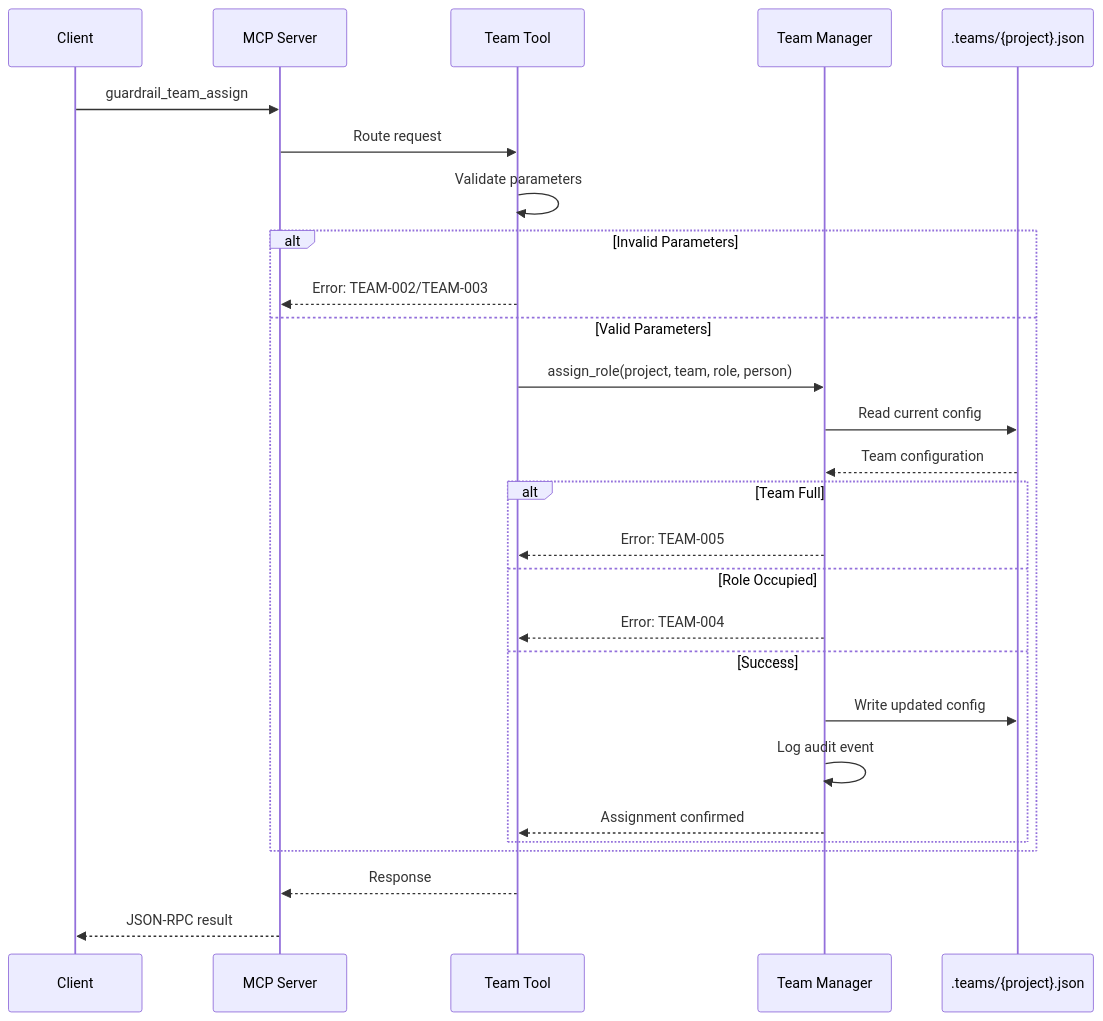
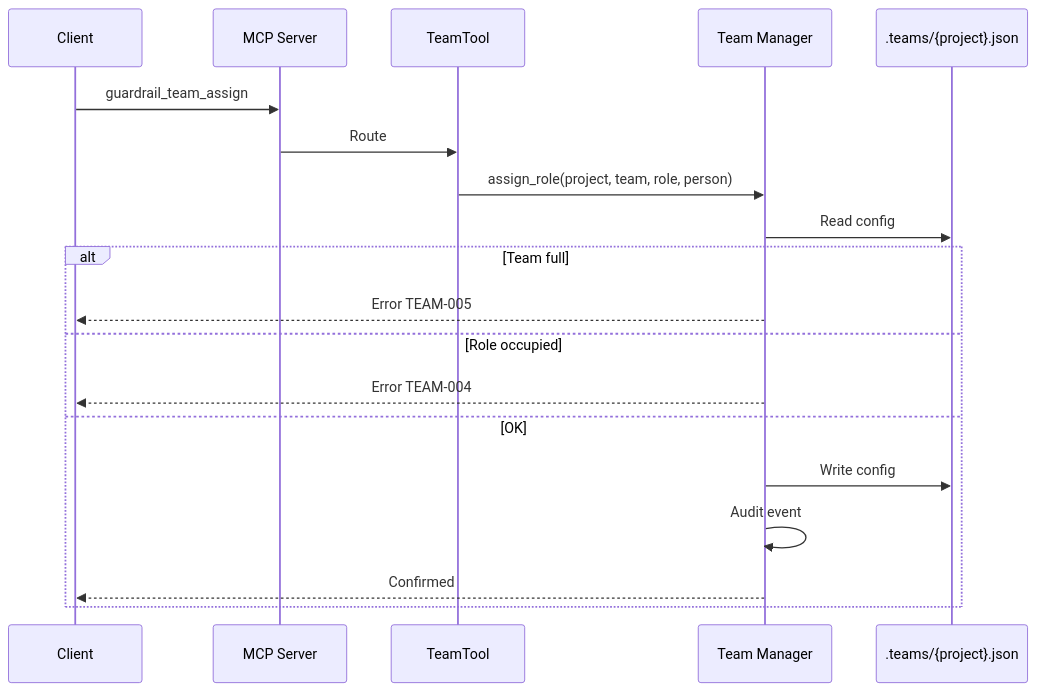
One commit to TheArchitectit/agent-guardrails-template changed the third of 9 diagrams in docs/architecture/system-architecture.md. Above: the diagram before and after it, drawn with Mermaid. The commit also changed other lines of this file and 15 other files, not shown here.

First line of the commit message:
docs: rewrite architecture doc under 500 lines with corrected facts

````diff
--- a/docs/architecture/system-architecture.md
+++ b/docs/architecture/system-architecture.md
@@ -221,33 +90,21 @@
 ```mermaid
 sequenceDiagram
-    participant Client as Client
+    participant Client
     participant Server as MCP Server
-    participant TeamTool as Team Tool
+    participant TeamTool
     participant TeamMgr as Team Manager
     participant File as .teams/{project}.json
-
     Client->>Server: guardrail_team_assign
-    Server->>TeamTool: Route request
-    TeamTool->>TeamTool: Validate parameters
-
-    alt Invalid Parameters
-        TeamTool-->>Server: Error: TEAM-002/TEAM-003
-    else Valid Parameters
-        TeamTool->>TeamMgr: assign_role(project, team, role, person)
-        TeamMgr->>File: Read current config
-        File-->>TeamMgr: Team configuration
-
-        alt Team Full
-            TeamMgr-->>TeamTool: Error: TEAM-005
-        else Role Occupied
-            TeamMgr-->>TeamTool: Error: TEAM-004
-        else Success
-            TeamMgr->>File: Write updated config
-            TeamMgr->>TeamMgr: Log audit event
-            TeamMgr-->>TeamTool: Assignment confirmed
-        end
+    Server->>TeamTool: Route
+    TeamTool->>TeamMgr: assign_role(project, team, role, person)
+    TeamMgr->>File: Read config
+    alt Team full
+        TeamMgr-->>Client: Error TEAM-005
+    else Role occupied
+        TeamMgr-->>Client: Error TEAM-004
+    else OK
+        TeamMgr->>File: Write config
+        TeamMgr->>TeamMgr: Audit event
+        TeamMgr-->>Client: Confirmed
     end
-
-    TeamTool-->>Server: Response
-    Server-->>Client: JSON-RPC result
 ```
````
